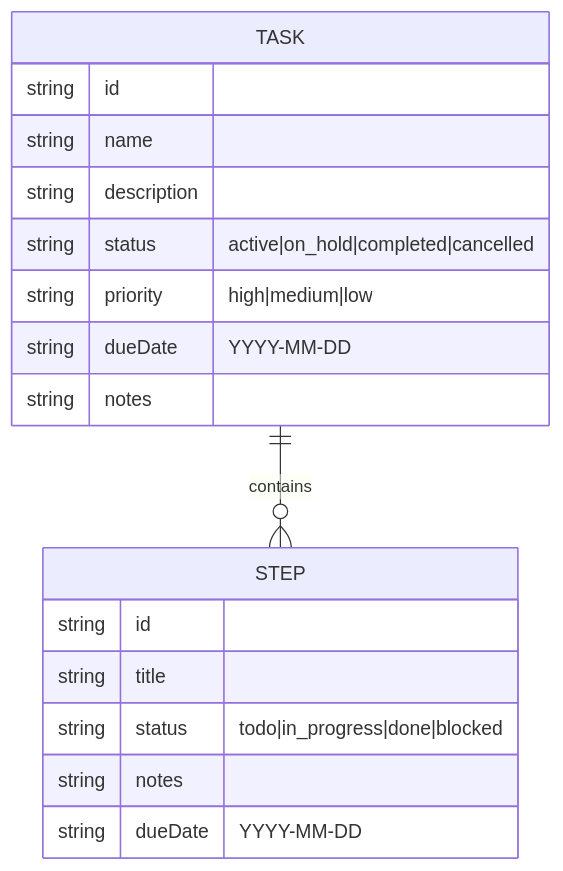
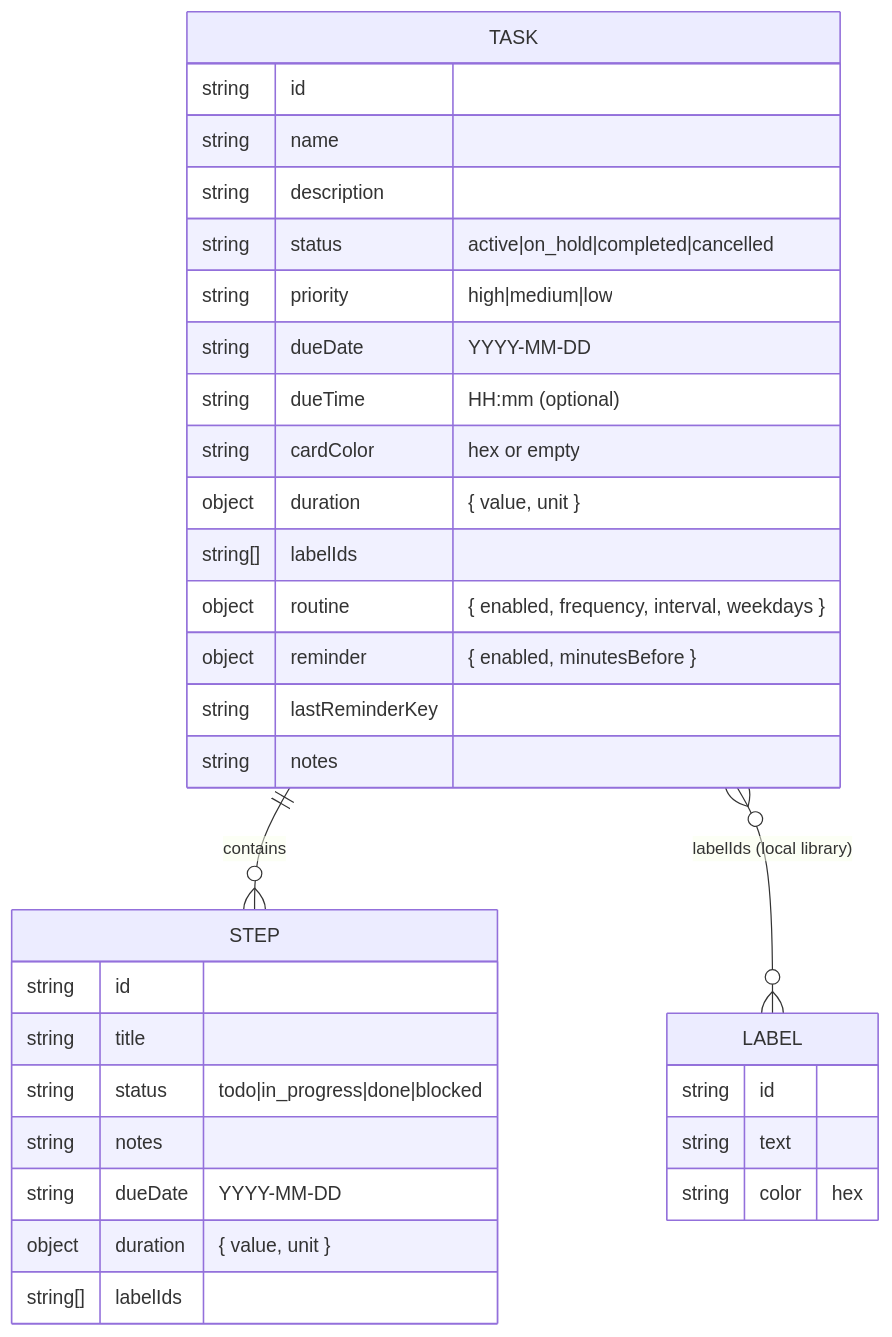
Before and after one commit to joka-7/KanDOne: the second of 6 diagrams in docs/hld/hld.md, drawn with Mermaid. The commit also changed other lines of this file and 17 other files, not shown here.

````diff
--- a/docs/hld/hld.md
+++ b/docs/hld/hld.md
@@ -183,20 +194,35 @@
 ```mermaid
 erDiagram
     TASK ||--o{ STEP : contains
+    TASK }o--o{ LABEL : "labelIds (local library)"
     TASK {
         string id
         string name
         string description
         string status "active|on_hold|completed|cancelled"
         string priority "high|medium|low"
         string dueDate "YYYY-MM-DD"
+        string dueTime "HH:mm (optional)"
+        string cardColor "hex or empty"
+        object duration "{ value, unit }"
+        string[] labelIds
+        object routine "{ enabled, frequency, interval, weekdays }"
+        object reminder "{ enabled, minutesBefore }"
+        string lastReminderKey
         string notes
     }
     STEP {
         string id
         string title
         string status "todo|in_progress|done|blocked"
         string notes
         string dueDate "YYYY-MM-DD"
+        object duration "{ value, unit }"
+        string[] labelIds
+    }
+    LABEL {
+        string id
+        string text
+        string color "hex"
     }
 ```
````
